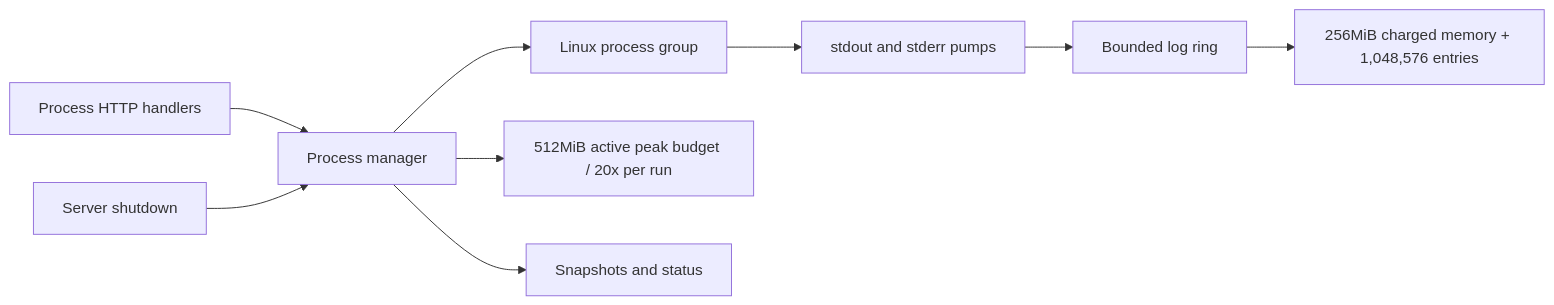
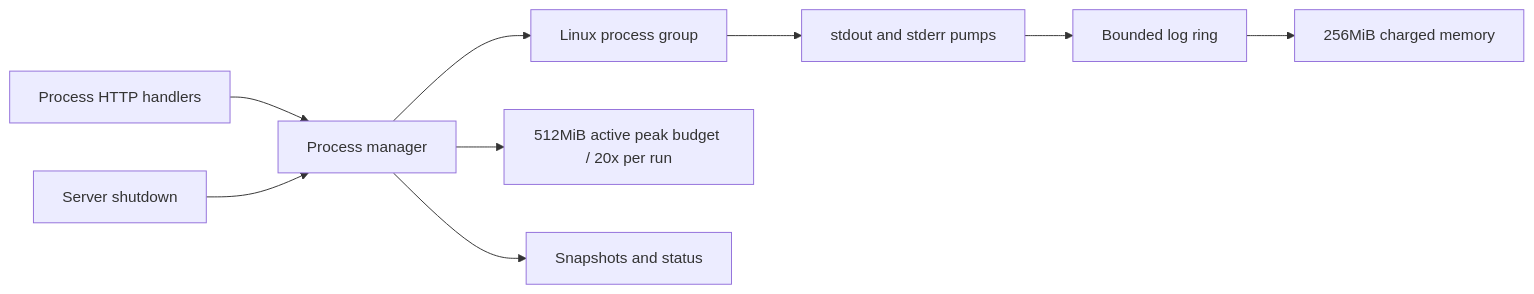
One commit to viethoangcr/agent-bridge changed the diagram in docs/plans/20260823-04-process-api.md. Above: the diagram before and after it, drawn with Mermaid. The commit also changed other lines of this file and 6 other files, not shown here.

````diff
--- a/docs/plans/20260823-04-process-api.md
+++ b/docs/plans/20260823-04-process-api.md
@@ -56,11 +57,11 @@
 ```mermaid
 flowchart LR
     HTTP[Process HTTP handlers] --> Manager[Process manager]
     Manager --> Group[Linux process group]
     Group --> Pumps[stdout and stderr pumps]
     Pumps --> Ring[Bounded log ring]
-    Ring --> GlobalLogs[256MiB charged memory + 1,048,576 entries]
+    Ring --> GlobalLogs[256MiB charged memory]
     Manager --> Captures[512MiB active peak budget / 20x per run]
     Manager --> Snapshot[Snapshots and status]
     Shutdown[Server shutdown] --> Manager
 ```
````
